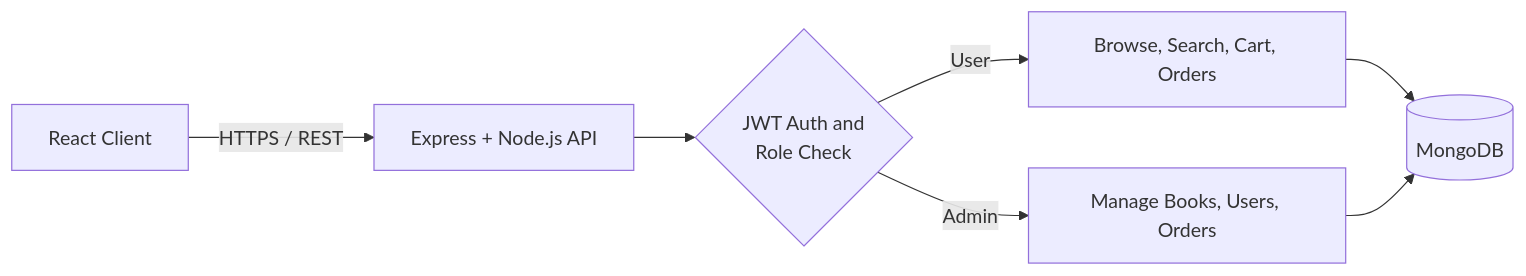
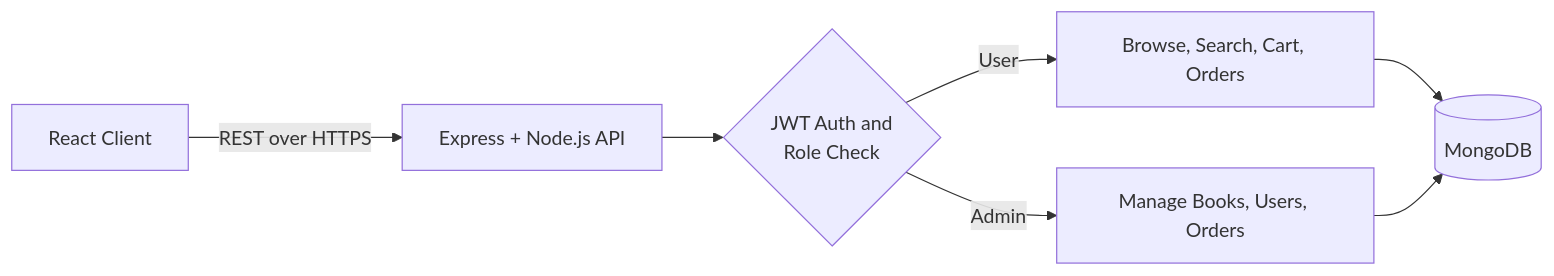
One commit to bhanusri-manukonda/bhanusri-manukonda changed the first of 2 diagrams in README.md. Above: the diagram before and after it, drawn with Mermaid. The commit also changed other lines of this file, not shown here.

````diff
--- a/README.md
+++ b/README.md
@@ -173,9 +163,9 @@
 ```mermaid
 flowchart LR
-    A[React Client] -->|HTTPS / REST| B[Express + Node.js API]
+    A[React Client] -->|REST over HTTPS| B[Express + Node.js API]
     B --> C{JWT Auth and<br/>Role Check}
     C -->|User| D[Browse, Search, Cart, Orders]
     C -->|Admin| E[Manage Books, Users, Orders]
     D --> F[(MongoDB)]
     E --> F
 ```
````
